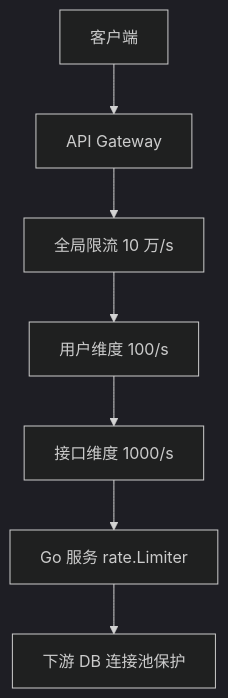
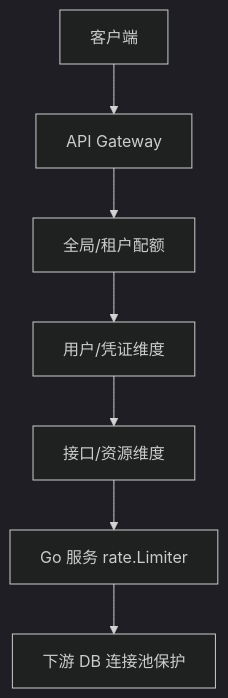
The diagram in docs/interview/03-system-design/S-ARCH-08-rate-limiting.md (twodog-tt/Golang-development-manual), drawn with Mermaid (dark theme) before and after one commit. The commit also changed other lines of this file and 49 other files, not shown here.

````diff
--- a/docs/interview/03-system-design/S-ARCH-08-rate-limiting.md
+++ b/docs/interview/03-system-design/S-ARCH-08-rate-limiting.md
@@ -39,9 +63,9 @@
 ```mermaid
 flowchart TB
   Client[客户端] --> GW[API Gateway]
-  GW --> Global[全局限流 10 万/s]
-  Global --> User[用户维度 100/s]
-  User --> API[接口维度 1000/s]
+  GW --> Global[全局/租户配额]
+  Global --> User[用户/凭证维度]
+  User --> API[接口/资源维度]
   API --> Svc[Go 服务 rate.Limiter]
   Svc --> Down[下游 DB 连接池保护]
 ```
````
